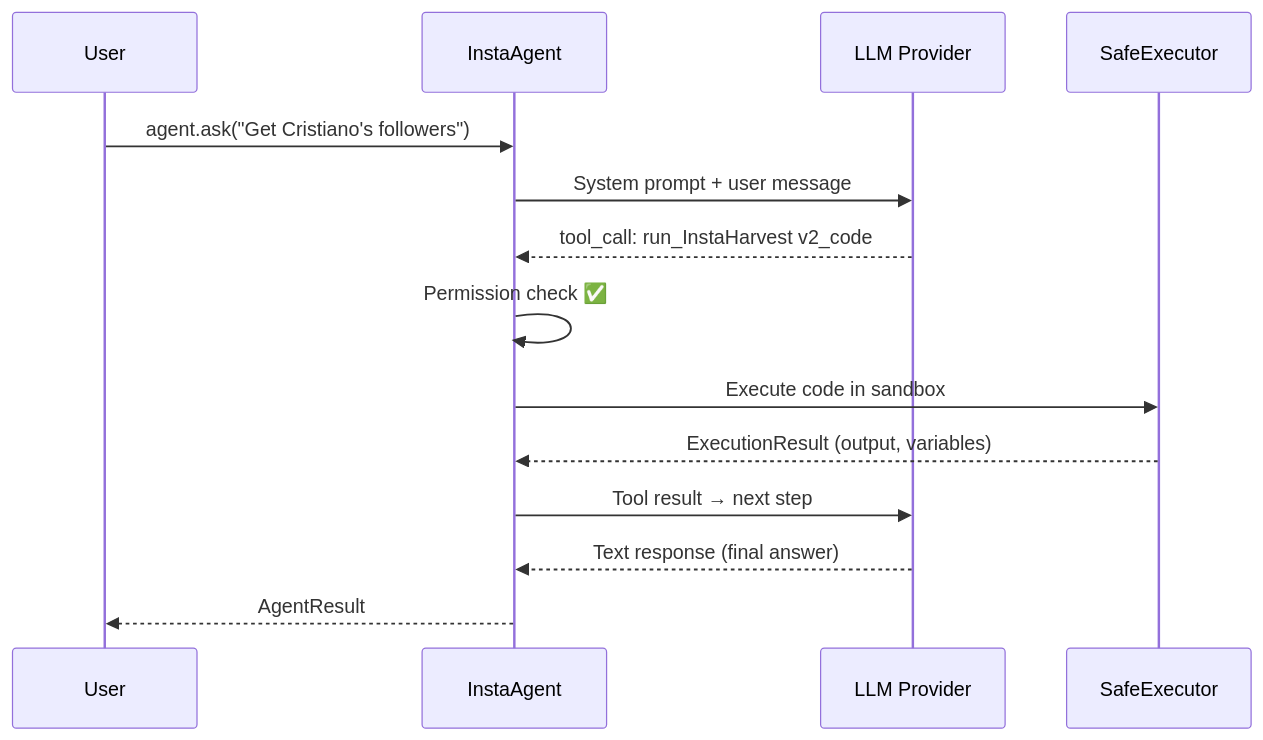
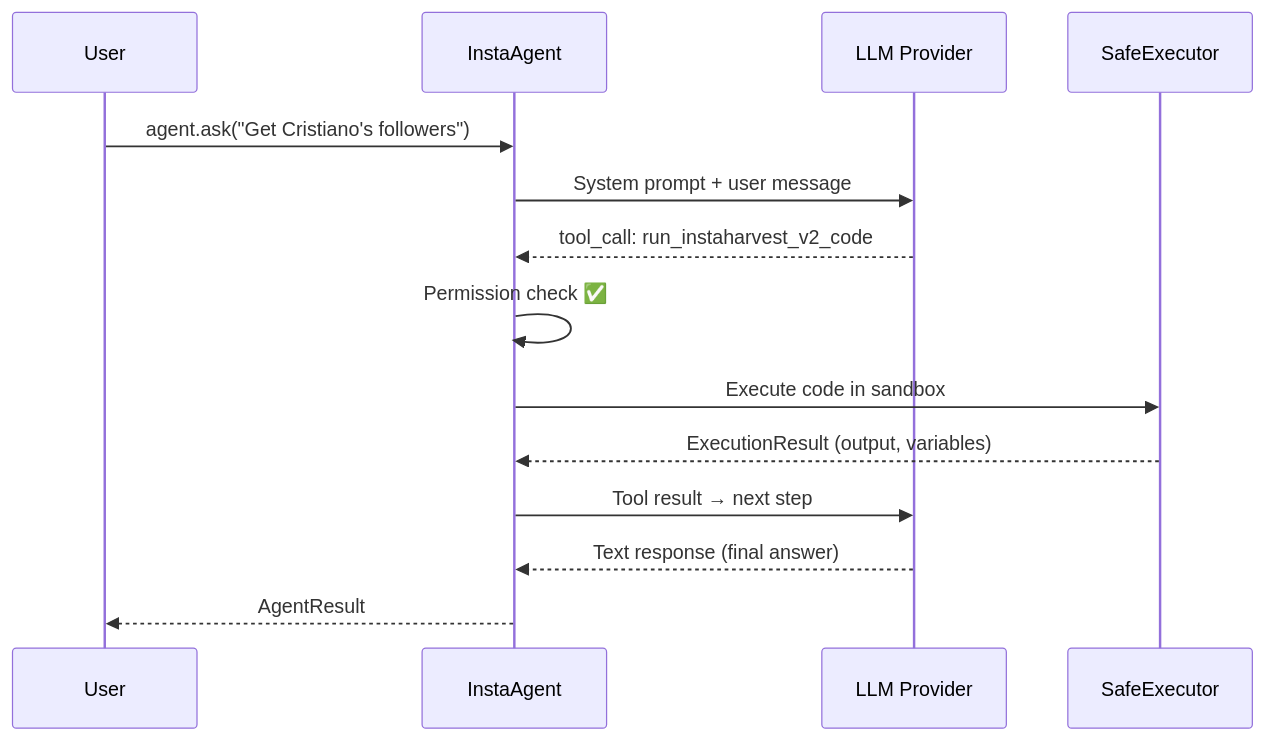
One commit to mpython77/instaharvest_v2 changed the second of 2 diagrams in docs/agent/architecture.md. Above: the diagram before and after it, drawn with Mermaid. The commit also changed other lines of this file and 35 other files, not shown here.

````diff
--- a/docs/agent/architecture.md
+++ b/docs/agent/architecture.md
@@ -53,17 +53,17 @@
 ```mermaid
 sequenceDiagram
     participant U as User
     participant A as InstaAgent
     participant L as LLM Provider
     participant E as SafeExecutor
 
     U->>A: agent.ask("Get Cristiano's followers")
     A->>L: System prompt + user message
-    L-->>A: tool_call: run_InstaHarvest v2_code
+    L-->>A: tool_call: run_instaharvest_v2_code
     A->>A: Permission check ✅
     A->>E: Execute code in sandbox
     E-->>A: ExecutionResult (output, variables)
     A->>L: Tool result → next step
     L-->>A: Text response (final answer)
     A-->>U: AgentResult
 ```
````
